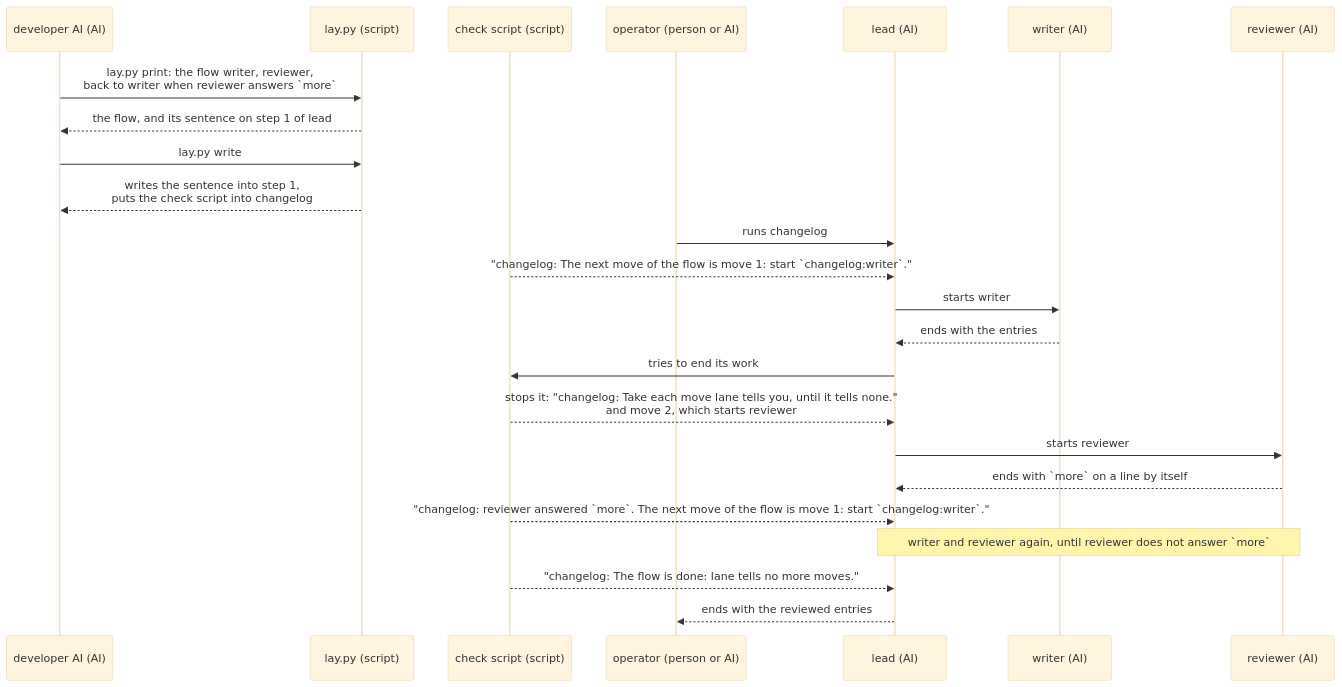
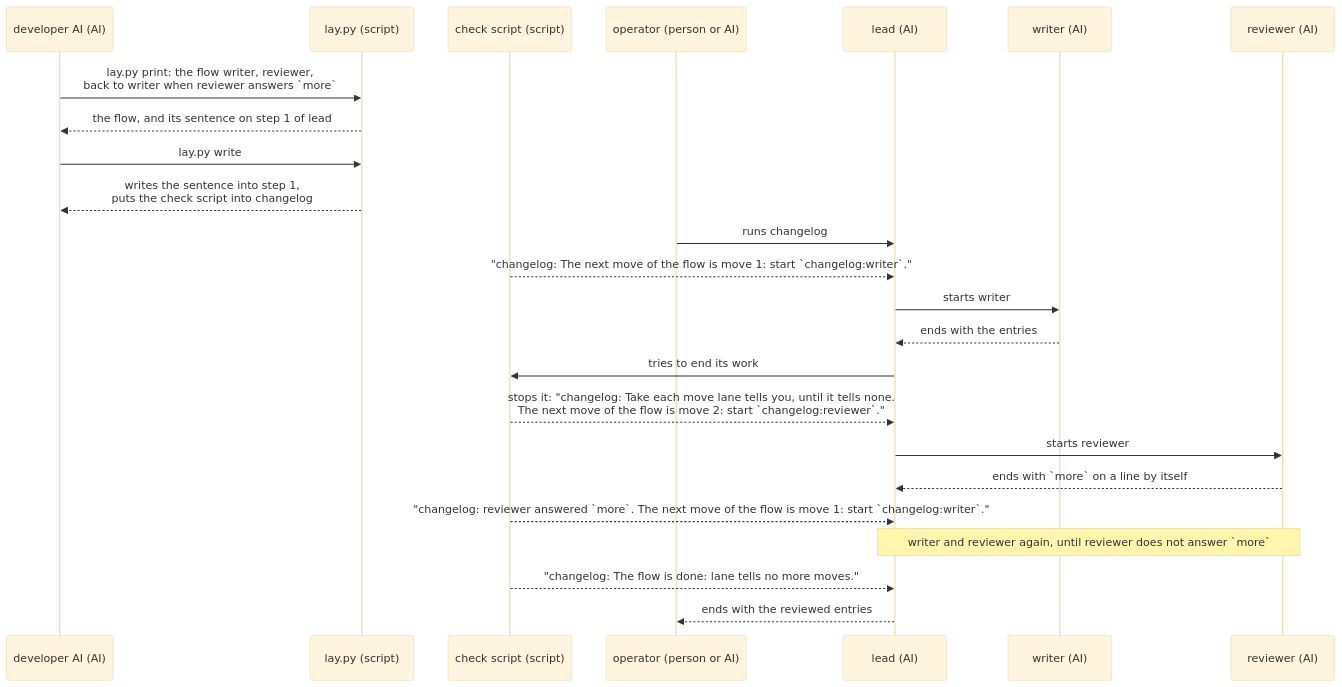
The second of 2 diagrams in dev/lane/ux.md (lovaizu/ccpm), drawn with Mermaid (base theme) before and after one commit. The commit also changed other lines of this file and 2 other files, not shown here.

First line of the commit message:
lane's UX rewritten from a design tree split down to facts, then checked and refactored

````diff
--- a/dev/lane/ux.md
+++ b/dev/lane/ux.md
@@ -63,26 +63,26 @@
 ```mermaid
 sequenceDiagram
   participant A as developer AI (AI)
   participant L as lay.py (script)
   participant K as check script (script)
   participant U as operator (person or AI)
   participant O as lead (AI)
   participant W as writer (AI)
   participant R as reviewer (AI)
   A->>L: lay.py print: the flow writer, reviewer,<br>back to writer when reviewer answers `more`
   L-->>A: the flow, and its sentence on step 1 of lead
   A->>L: lay.py write
   L-->>A: writes the sentence into step 1,<br>puts the check script into changelog
   U->>O: runs changelog
   K-->>O: "changelog: The next move of the flow is move 1: start `changelog:writer`."
   O->>W: starts writer
   W-->>O: ends with the entries
   O->>K: tries to end its work
-  K-->>O: stops it: "changelog: Take each move lane tells you, until it tells none."<br>and move 2, which starts reviewer
+  K-->>O: stops it: "changelog: Take each move lane tells you, until it tells none.<br>The next move of the flow is move 2: start `changelog:reviewer`."
   O->>R: starts reviewer
   R-->>O: ends with `more` on a line by itself
   K-->>O: "changelog: reviewer answered `more`. The next move of the flow is move 1: start `changelog:writer`."
   Note over O,R: writer and reviewer again, until reviewer does not answer `more`
   K-->>O: "changelog: The flow is done: lane tells no more moves."
   O-->>U: ends with the reviewed entries
 ```
````
